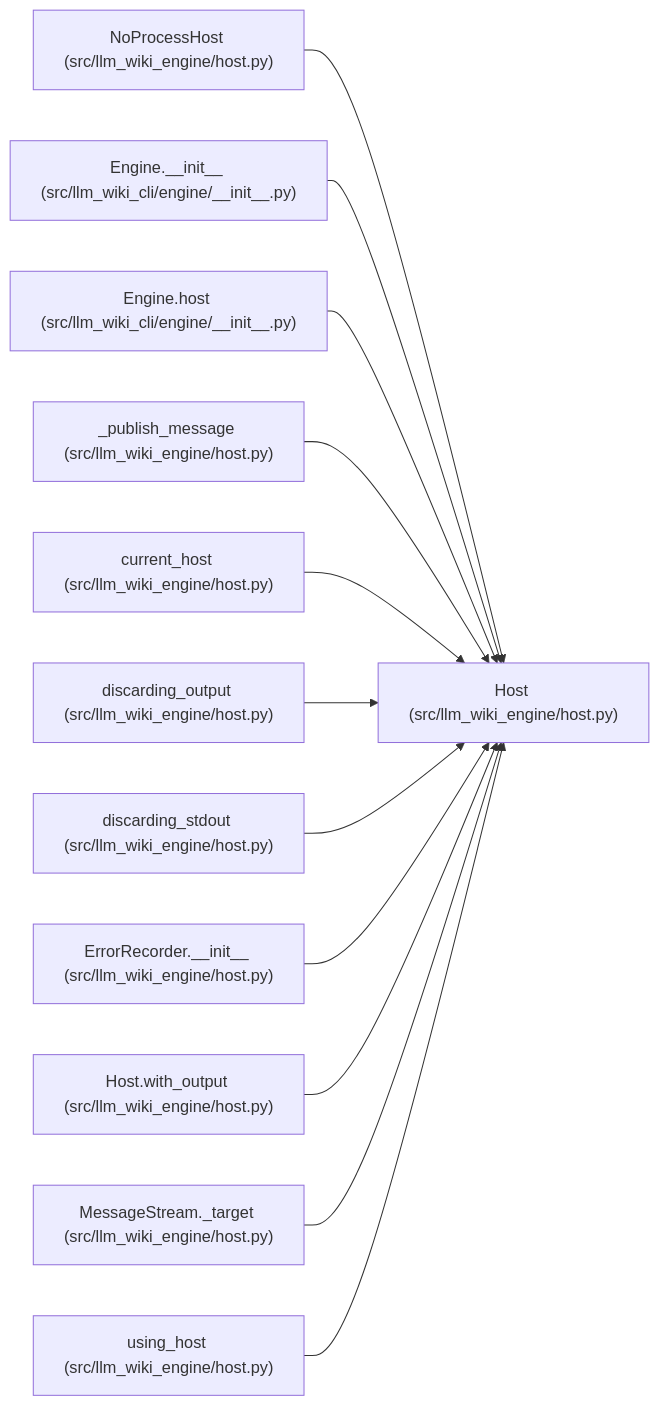
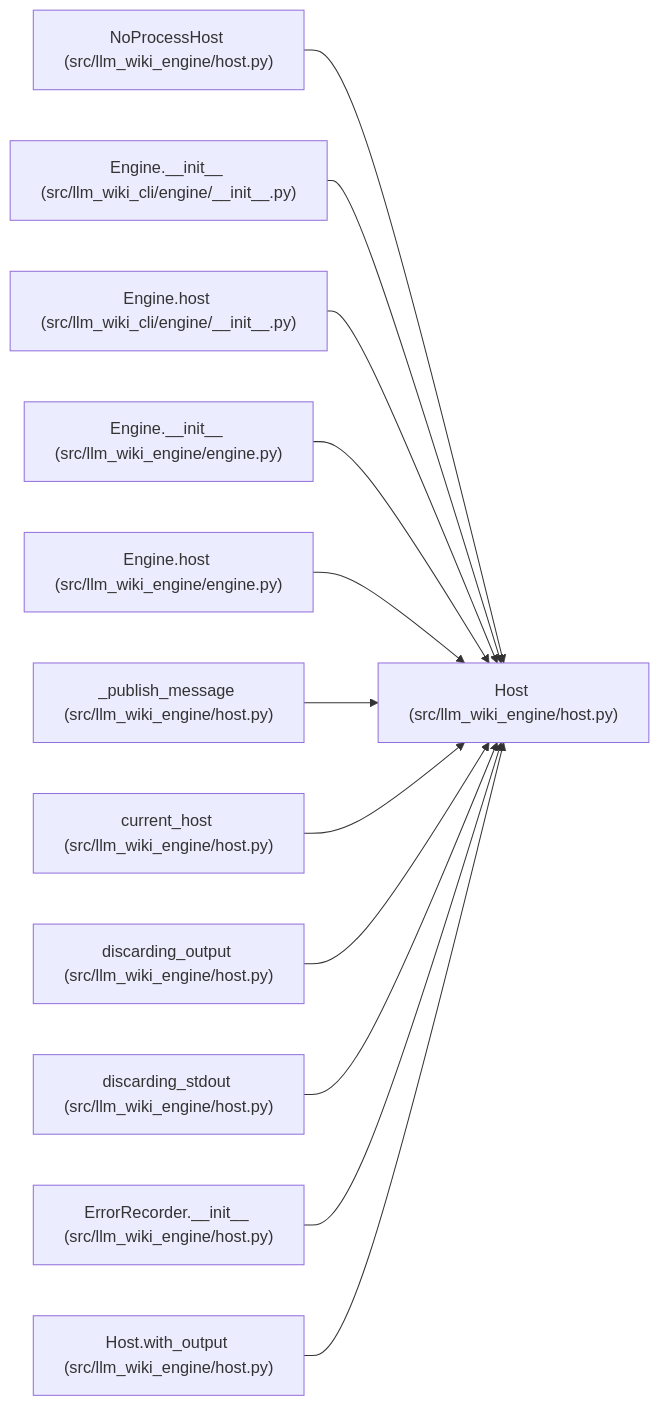
Before and after one commit to Denissvgn/python-wiki-llm: the diagram in docs/llm_wiki/entities/Host.md, drawn with Mermaid. The commit also changed other lines of this file and 719 other files, not shown here.

Commit message:
docs: refresh the wiki for the engine's own use cases

````diff
--- a/docs/llm_wiki/entities/Host.md
+++ b/docs/llm_wiki/entities/Host.md
@@ -41,38 +41,38 @@
 ```mermaid
 flowchart LR
     n0["Host (src/llm_wiki_engine/host.py)"]
     n1["NoProcessHost (src/llm_wiki_engine/host.py)"]
     n2["Engine.__init__ (src/llm_wiki_cli/engine/__init__.py)"]
     n3["Engine.host (src/llm_wiki_cli/engine/__init__.py)"]
-    n4["_publish_message (src/llm_wiki_engine/host.py)"]
-    n5["current_host (src/llm_wiki_engine/host.py)"]
-    n6["discarding_output (src/llm_wiki_engine/host.py)"]
-    n7["discarding_stdout (src/llm_wiki_engine/host.py)"]
-    n8["ErrorRecorder.__init__ (src/llm_wiki_engine/host.py)"]
-    n9["Host.with_output (src/llm_wiki_engine/host.py)"]
-    n10["MessageStream._target (src/llm_wiki_engine/host.py)"]
-    n11["using_host (src/llm_wiki_engine/host.py)"]
+    n4["Engine.__init__ (src/llm_wiki_engine/engine.py)"]
+    n5["Engine.host (src/llm_wiki_engine/engine.py)"]
+    n6["_publish_message (src/llm_wiki_engine/host.py)"]
+    n7["current_host (src/llm_wiki_engine/host.py)"]
+    n8["discarding_output (src/llm_wiki_engine/host.py)"]
+    n9["discarding_stdout (src/llm_wiki_engine/host.py)"]
+    n10["ErrorRecorder.__init__ (src/llm_wiki_engine/host.py)"]
+    n11["Host.with_output (src/llm_wiki_engine/host.py)"]
     n1 --> n0
     n2 --> n0
     n3 --> n0
     n4 --> n0
     n5 --> n0
     n6 --> n0
     n7 --> n0
     n8 --> n0
     n9 --> n0
     n10 --> n0
     n11 --> n0
     click n0 "../modules/host.md"
     click n1 "../modules/host.md"
     click n2 "../modules/engine___init__.md"
     click n3 "../modules/engine___init__.md"
-    click n4 "../modules/host.md"
-    click n5 "../modules/host.md"
+    click n4 "../modules/engine.md"
+    click n5 "../modules/engine.md"
     click n6 "../modules/host.md"
     click n7 "../modules/host.md"
     click n8 "../modules/host.md"
     click n9 "../modules/host.md"
     click n10 "../modules/host.md"
     click n11 "../modules/host.md"
 ```
````
